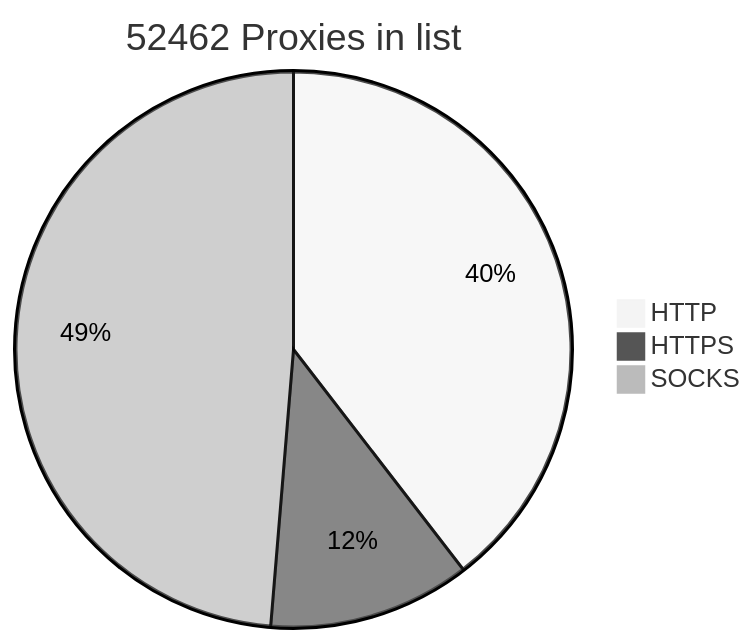
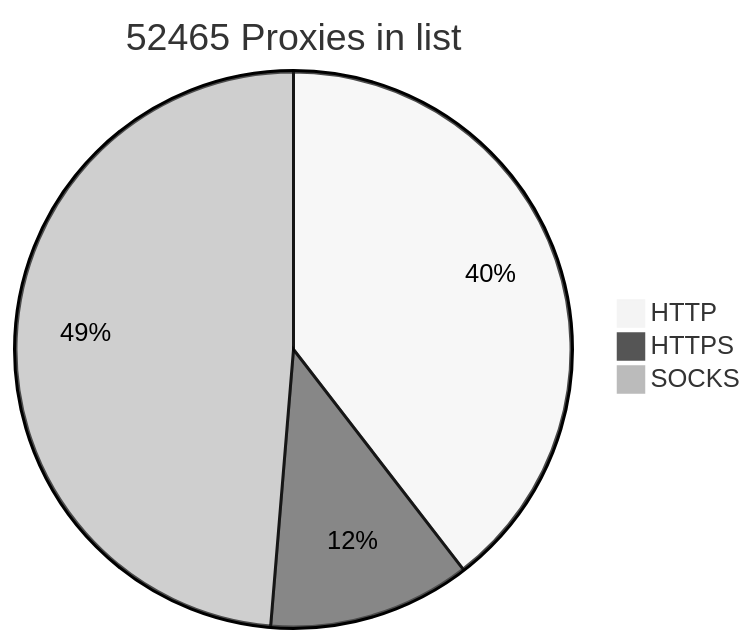
Before and after one commit to BlackSnowDot/proxylist-update-every-minute: the diagram in README.md, drawn with Mermaid (neutral theme).

````diff
--- a/README.md
+++ b/README.md
@@ -2,6 +2,6 @@
 ```mermaid
-pie title 52462 Proxies in list
-    "HTTP" : 23128
-    "HTTPS": 6882
-    "SOCKS" : 28477
+pie title 52465 Proxies in list
+    "HTTP" : 23126
+    "HTTPS": 6886
+    "SOCKS" : 28478
 ```
````
